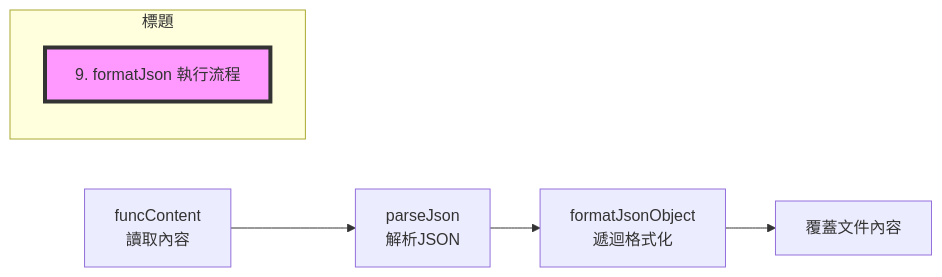
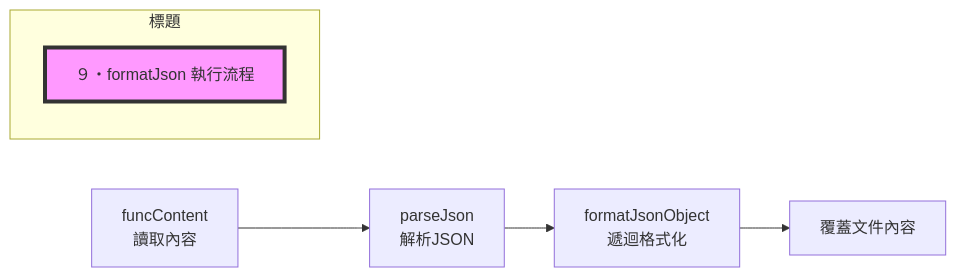
Before and after one commit to ani198202/IDE_extension_json_format_marco: the ninth of 9 diagrams in VS_Code_Extension_JSON_format_v3_flowchart.md, drawn with Mermaid.

Commit message:
VS Code Extension JSON format v3 flowchart
VS Code Extension JSON format v3 流程圖程式碼更新。

````diff
--- a/VS_Code_Extension_JSON_format_v3_flowchart.md
+++ b/VS_Code_Extension_JSON_format_v3_flowchart.md
@@ -175,15 +175,15 @@
 ```mermaid
 flowchart LR
   A[funcContent<br>讀取內容]
   B[parseJson<br>解析JSON]
   C[formatJsonObject<br>遞迴格式化]
   D[覆蓋文件內容]
 
   A --> B --> C --> D
 
   subgraph 標題
   direction TB
-  T[9. formatJson 執行流程]
+  T[９‧formatJson 執行流程]
   end
   style T fill:#f9f,stroke:#333,stroke-width:4px
 ```
````
